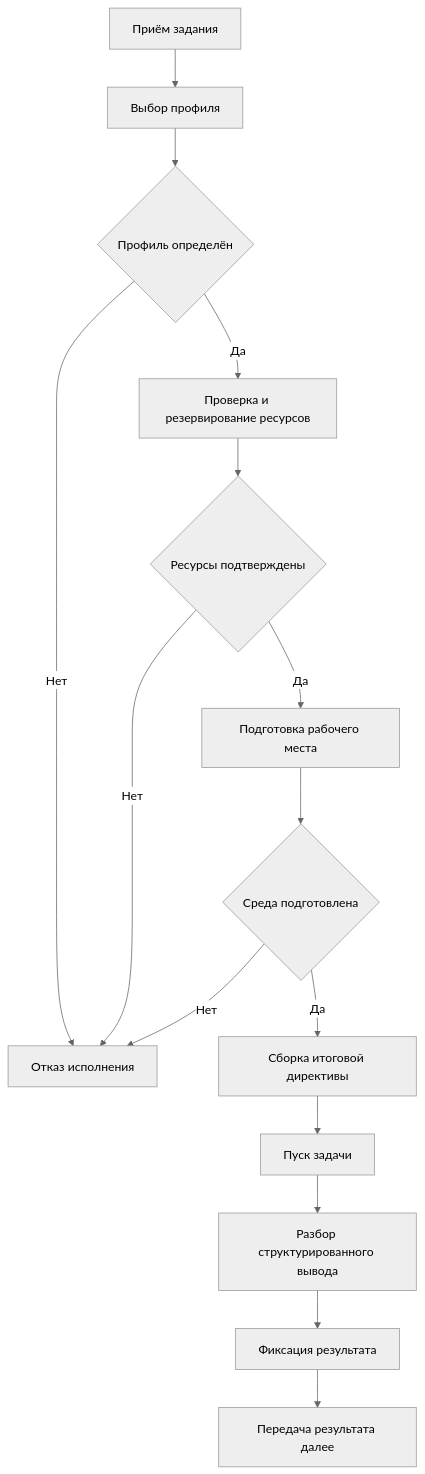
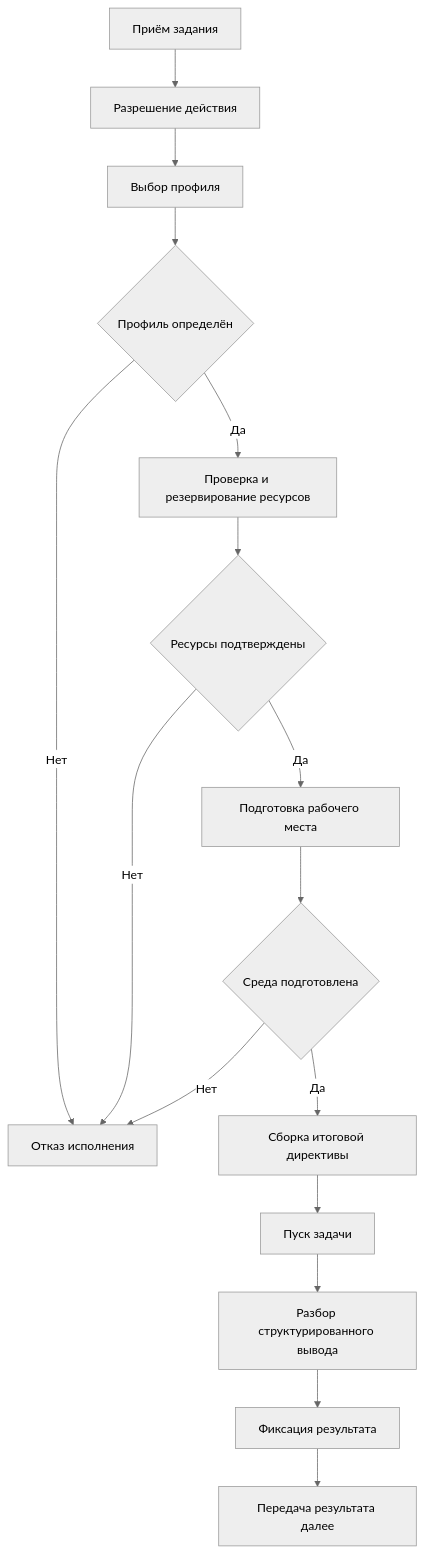
One commit to rasungatullin/progress changed the second of 3 diagrams in docs/contours/execution/ALGORITHM.md. Above: the diagram before and after it, drawn with Mermaid (neutral theme). The commit also changed other lines of this file and 24 other files, not shown here.

````diff
--- a/docs/contours/execution/ALGORITHM.md
+++ b/docs/contours/execution/ALGORITHM.md
@@ -142,17 +144,18 @@
 ```mermaid
 flowchart TD
-    A[Приём задания] --> B[Выбор профиля]
+    A[Приём задания] --> Z[Разрешение действия]
+    Z --> B[Выбор профиля]
     B --> C{Профиль определён}
     C -- Нет --> X[Отказ исполнения]
     C -- Да --> D[Проверка и резервирование ресурсов]
     D --> E{Ресурсы подтверждены}
     E -- Нет --> X
     E -- Да --> F[Подготовка рабочего места]
     F --> G{Среда подготовлена}
     G -- Нет --> X
     G -- Да --> H[Сборка итоговой директивы]
     H --> I[Пуск задачи]
     I --> J[Разбор структурированного вывода]
     J --> K[Фиксация результата]
     K --> L[Передача результата далее]
 ```
````
